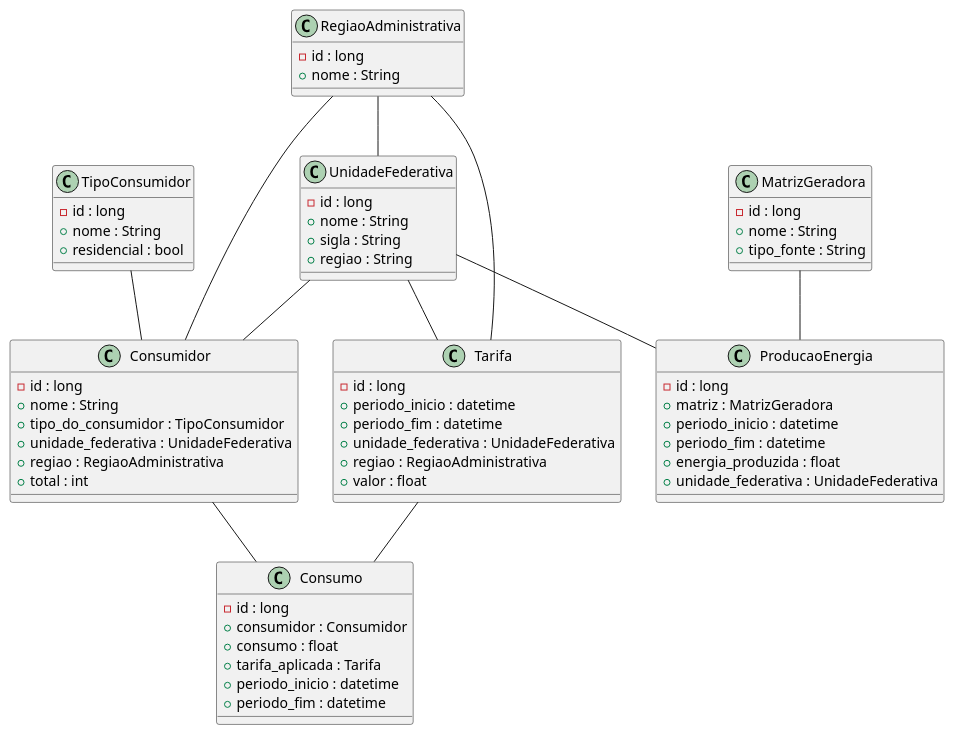
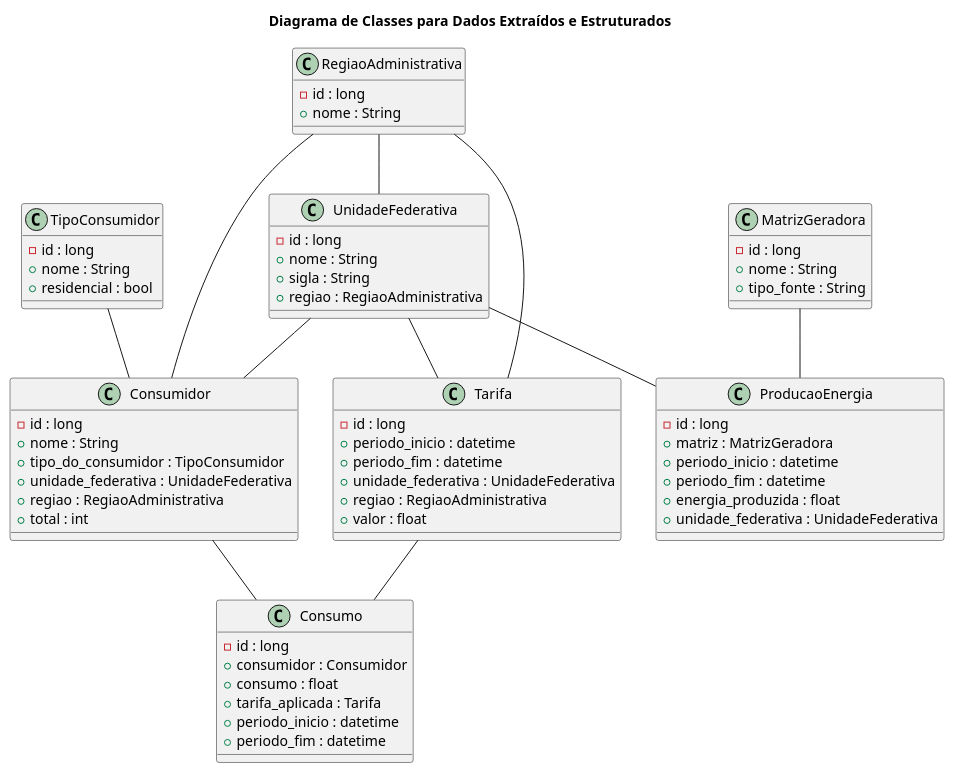
Before and after one commit to PUCMG-Grupo-06/projeto_energia_etl: the diagram in modelagem/modelo_classes.puml, drawn with PlantUML. The commit also changed 12 other files, not shown here.

```diff
--- a/modelagem/modelo_classes.puml
+++ b/modelagem/modelo_classes.puml
@@ -1,74 +1,75 @@
 @startuml
+title "Diagrama de Classes para Dados Extraídos e Estruturados"
 
 class RegiaoAdministrativa {
     -id : long
     +nome : String
 }
 
 class UnidadeFederativa {
     -id : long
     +nome : String
     +sigla : String
-    +regiao : String
+    +regiao : RegiaoAdministrativa
 }
 RegiaoAdministrativa -- UnidadeFederativa
 
 class TipoConsumidor {
     -id : long
     +nome : String
     +residencial : bool
 }
 
 class Consumidor {
     -id : long
     +nome : String
     +tipo_do_consumidor : TipoConsumidor
     +unidade_federativa : UnidadeFederativa
     +regiao : RegiaoAdministrativa
     +total : int
 }
 
 TipoConsumidor -- Consumidor
 UnidadeFederativa -- Consumidor
 RegiaoAdministrativa -- Consumidor
 
 class Tarifa {
     -id : long
     +periodo_inicio : datetime
     +periodo_fim : datetime
     +unidade_federativa : UnidadeFederativa
     +regiao : RegiaoAdministrativa
     +valor : float
 }
 UnidadeFederativa -- Tarifa
 RegiaoAdministrativa -- Tarifa
 
 class Consumo {
     -id : long
     +consumidor : Consumidor
     +consumo : float
     +tarifa_aplicada : Tarifa
     +periodo_inicio : datetime
     +periodo_fim : datetime
 }
 Tarifa -- Consumo
 Consumidor -- Consumo
 
 class MatrizGeradora {
     -id : long
     +nome : String
     +tipo_fonte : String
 }
 
 class ProducaoEnergia {
     -id : long
     +matriz : MatrizGeradora
     +periodo_inicio : datetime
     +periodo_fim : datetime
     +energia_produzida : float
     +unidade_federativa : UnidadeFederativa
 }
 MatrizGeradora -- ProducaoEnergia
 UnidadeFederativa -- ProducaoEnergia
 
 @enduml
```
